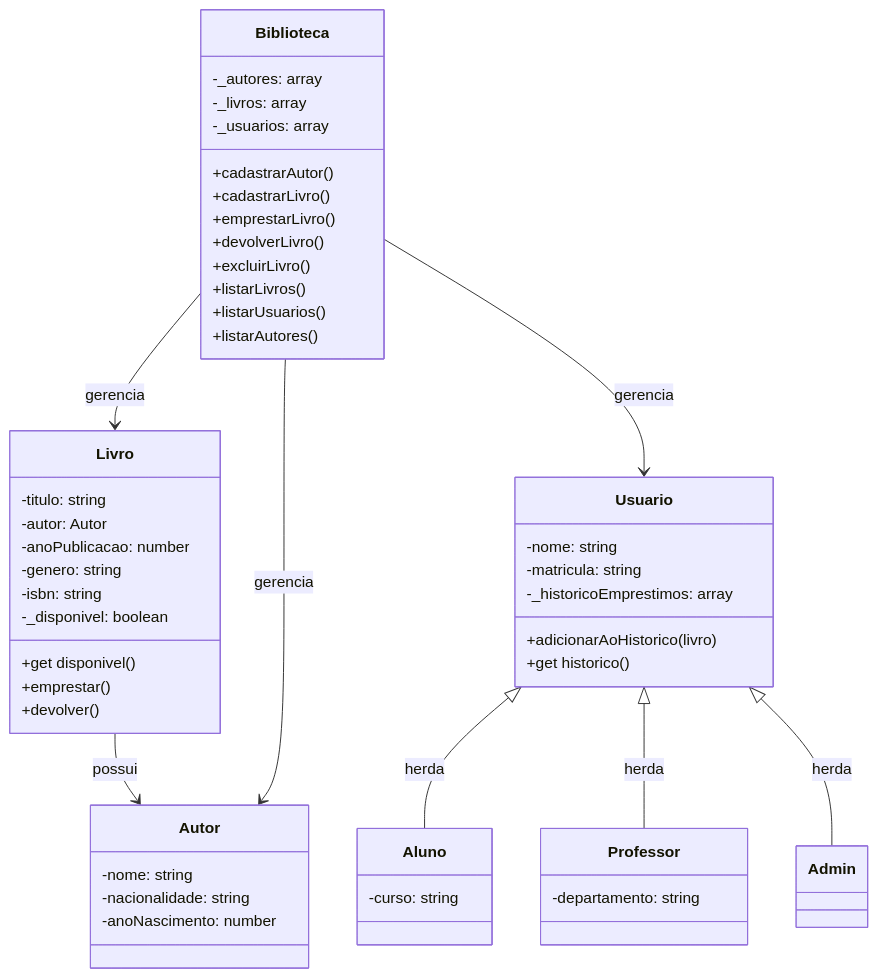
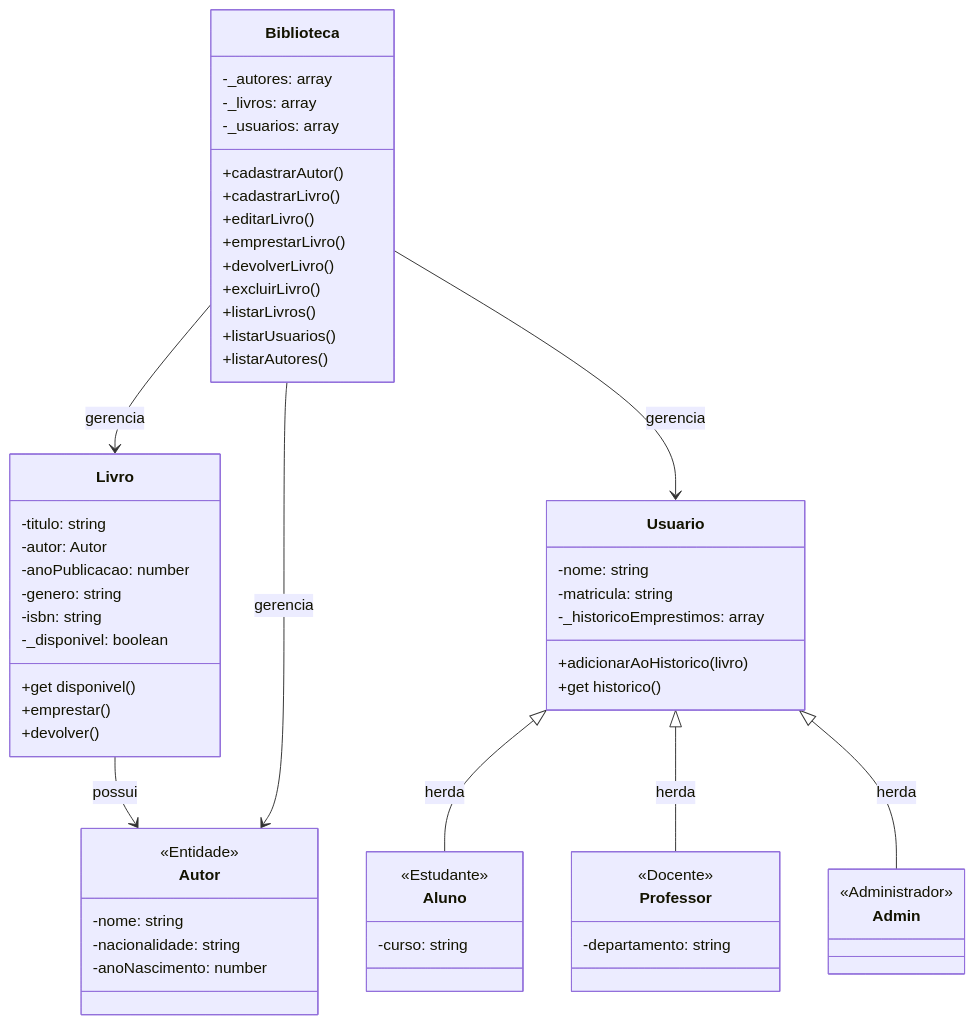
The diagram in DesafioFinal/documentacao_pdf.md (herbertyamuri/Desafio-1-Caixaverso-Ada---Biblioteca-da-Caixa), drawn with Mermaid before and after one commit. The commit also changed other lines of this file and 4 other files, not shown here.

````diff
--- a/DesafioFinal/documentacao_pdf.md
+++ b/DesafioFinal/documentacao_pdf.md
@@ -11,61 +11,60 @@
 ```mermaid
 classDiagram
     class Usuario {
         -nome: string
         -matricula: string
         -_historicoEmprestimos: array
         +adicionarAoHistorico(livro)
         +get historico()
     }
-
     class Aluno {
+        <<Estudante>>
         -curso: string
     }
-
     class Professor {
+        <<Docente>>
         -departamento: string
     }
-
     class Admin {
+        <<Administrador>>
     }
-
     class Livro {
         -titulo: string
         -autor: Autor
         -anoPublicacao: number
         -genero: string
         -isbn: string
         -_disponivel: boolean
         +get disponivel()
         +emprestar()
         +devolver()
     }
-
     class Autor {
+        <<Entidade>>
         -nome: string
         -nacionalidade: string
         -anoNascimento: number
     }
-
     class Biblioteca {
         -_autores: array
         -_livros: array
         -_usuarios: array
         +cadastrarAutor()
         +cadastrarLivro()
+        +editarLivro()
         +emprestarLivro()
         +devolverLivro()
         +excluirLivro()
         +listarLivros()
         +listarUsuarios()
         +listarAutores()
     }
 
     Usuario <|-- Aluno : herda
     Usuario <|-- Professor : herda
     Usuario <|-- Admin : herda
     Livro --> Autor : possui
     Biblioteca --> Livro : gerencia
     Biblioteca --> Usuario : gerencia
     Biblioteca --> Autor : gerencia
 ```
````
